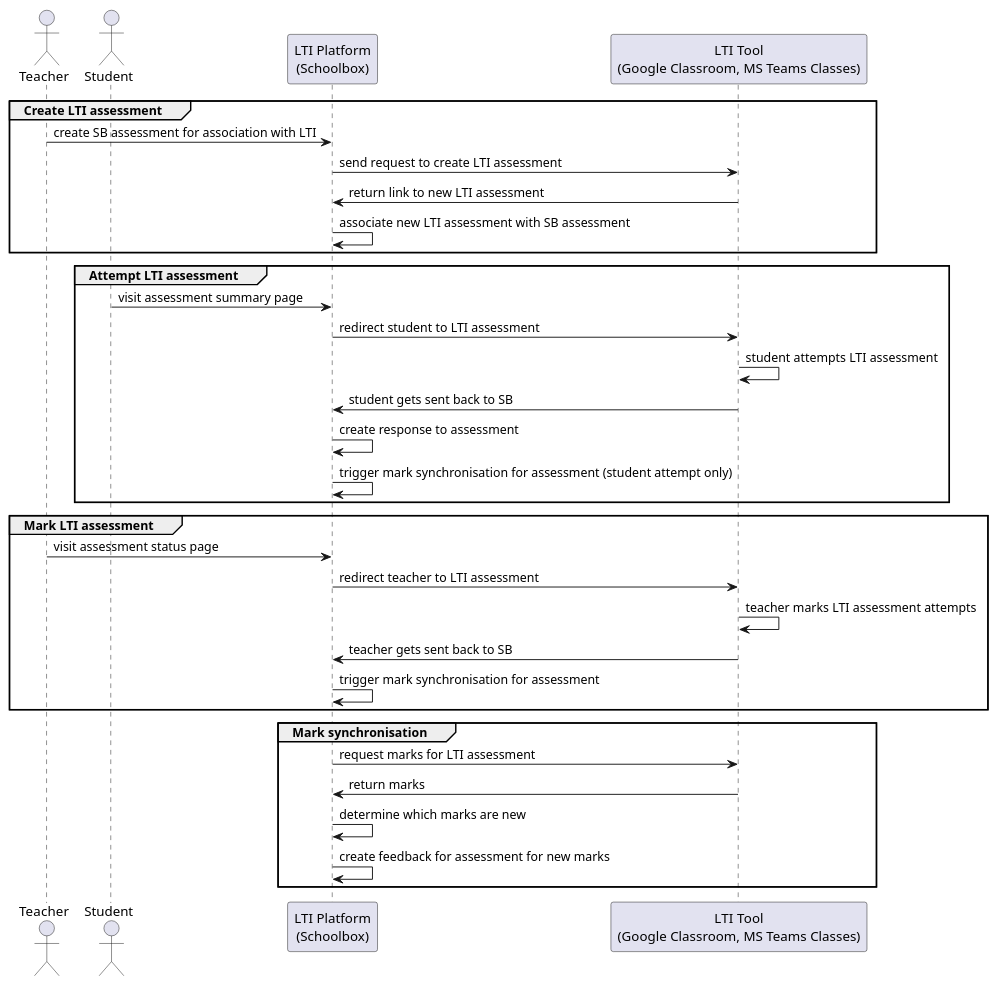
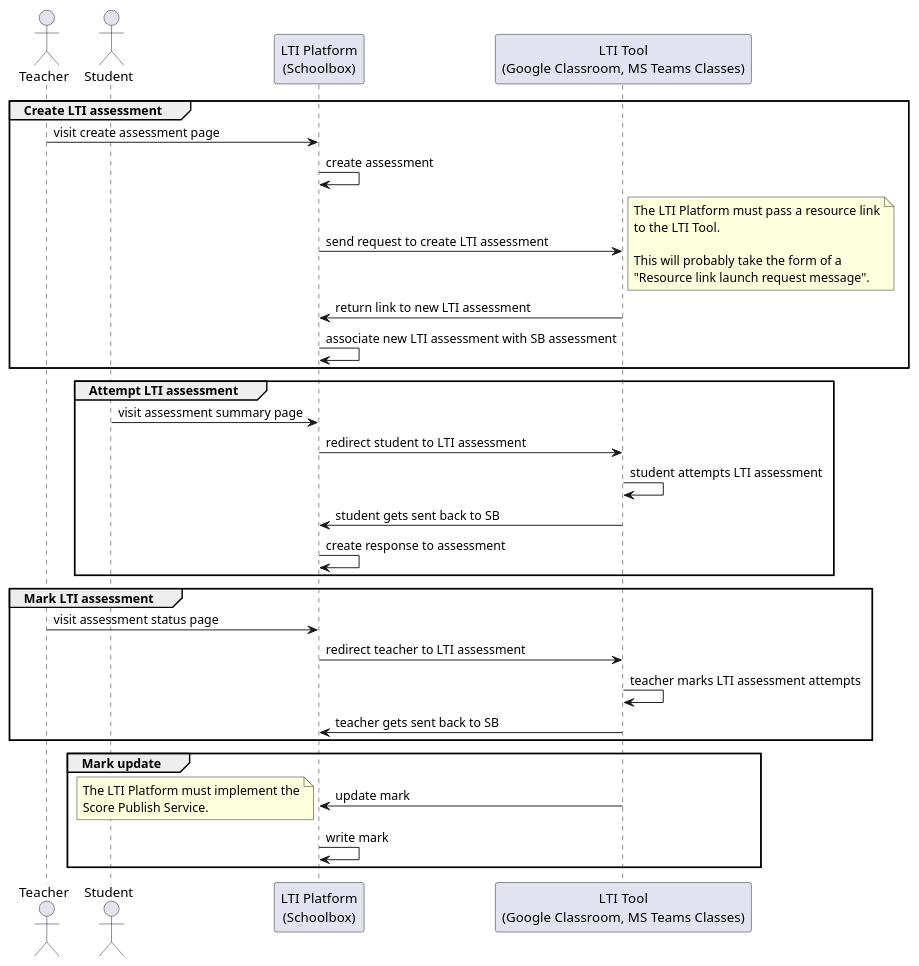
One commit to juliaattrevisan/schoolbox-api-docs changed the diagram in library/Schoolbox/Learning/Assessment/Lti/sequenceDiagram.plantuml. Above: the diagram before and after it, drawn with PlantUML.

Commit message:
Amend sequence diagram to note that score post is init by tool [SA-12593]

```diff
--- a/library/Schoolbox/Learning/Assessment/Lti/sequenceDiagram.plantuml
+++ b/library/Schoolbox/Learning/Assessment/Lti/sequenceDiagram.plantuml
@@ -1,40 +1,48 @@
 @startuml
 'https://plantuml.com/sequence-diagram
 
 actor Teacher as TC
 actor Student as ST
 participant "LTI Platform\n(Schoolbox)" as SB
 participant "LTI Tool\n(Google Classroom, MS Teams Classes)" as LTI
 
 group Create LTI assessment
-    TC -> SB: create SB assessment for association with LTI
+    TC -> SB: visit create assessment page
+    SB -> SB: create assessment
     SB -> LTI: send request to create LTI assessment
+    note right
+    The LTI Platform must pass a resource link
+    to the LTI Tool.
+
+    This will probably take the form of a
+    "Resource link launch request message".
+    end note
     LTI -> SB: return link to new LTI assessment
     SB -> SB: associate new LTI assessment with SB assessment
 end
 
 group Attempt LTI assessment
     ST -> SB: visit assessment summary page
     SB -> LTI: redirect student to LTI assessment
     LTI -> LTI: student attempts LTI assessment
     LTI -> SB: student gets sent back to SB
     SB -> SB: create response to assessment
-    SB -> SB: trigger mark synchronisation for assessment (student attempt only)
 end
 
 group Mark LTI assessment
     TC -> SB: visit assessment status page
     SB -> LTI: redirect teacher to LTI assessment
     LTI -> LTI: teacher marks LTI assessment attempts
     LTI -> SB: teacher gets sent back to SB
-    SB -> SB: trigger mark synchronisation for assessment
 end
 
-group Mark synchronisation
-    SB -> LTI: request marks for LTI assessment
-    LTI -> SB: return marks
-    SB -> SB: determine which marks are new
-    SB -> SB: create feedback for assessment for new marks
+group Mark update
+    LTI -> SB: update mark
+    note left
+    The LTI Platform must implement the
+    Score Publish Service.
+    end note
+    SB -> SB: write mark
 end
 
 @enduml
```
